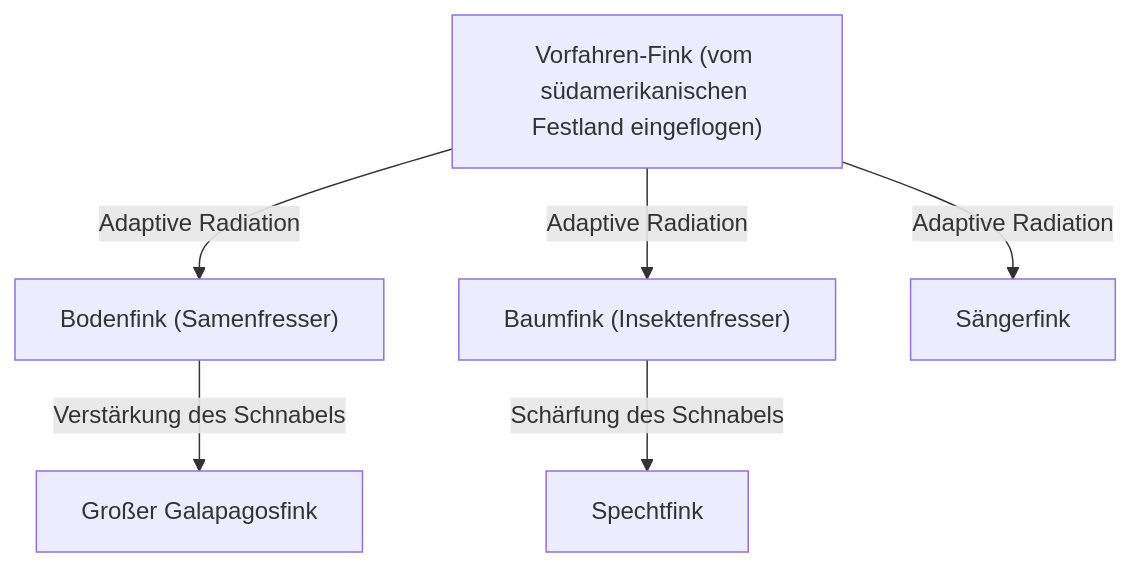
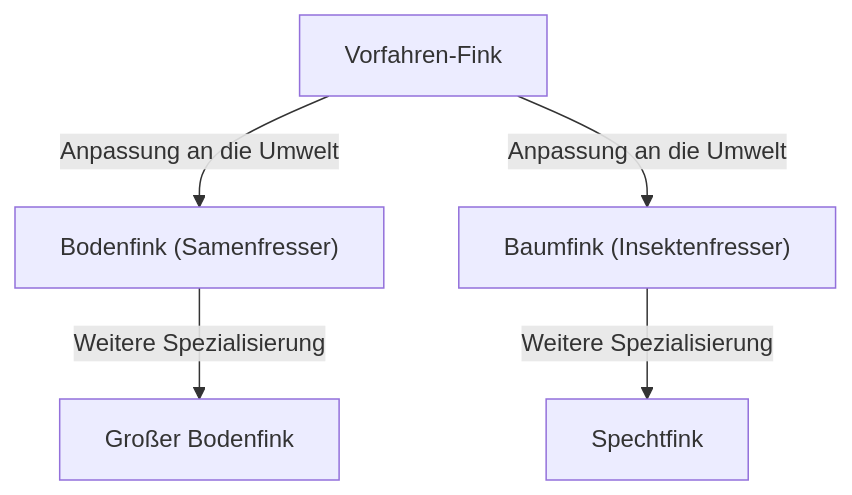
One commit to kenjinote/blog changed the diagram in content/post/darwins-theory-of-evolution/index.de.md. Above: the diagram before and after it, drawn with Mermaid. The commit also changed other lines of this file and 129 other files, not shown here.

````diff
--- a/content/post/darwins-theory-of-evolution/index.de.md
+++ b/content/post/darwins-theory-of-evolution/index.de.md
@@ -25,9 +27,7 @@
 ```mermaid
 graph TD
-    A["Vorfahren-Fink (vom südamerikanischen Festland eingeflogen)"]
-    A -- "Adaptive Radiation" --> B["Bodenfink (Samenfresser)"]
-    A -- "Adaptive Radiation" --> C["Baumfink (Insektenfresser)"]
-    A -- "Adaptive Radiation" --> D["Sängerfink"]
-    B -- "Verstärkung des Schnabels" --> B1["Großer Galapagosfink"]
-    C -- "Schärfung des Schnabels" --> C1["Spechtfink"]
+    A["Vorfahren-Fink"] -- "Anpassung an die Umwelt" --> B["Bodenfink (Samenfresser)"]
+    A["Vorfahren-Fink"] -- "Anpassung an die Umwelt" --> C["Baumfink (Insektenfresser)"]
+    B["Bodenfink (Samenfresser)"] -- "Weitere Spezialisierung" --> D["Großer Bodenfink"]
+    C["Baumfink (Insektenfresser)"] -- "Weitere Spezialisierung" --> E["Spechtfink"]
 ```
````
